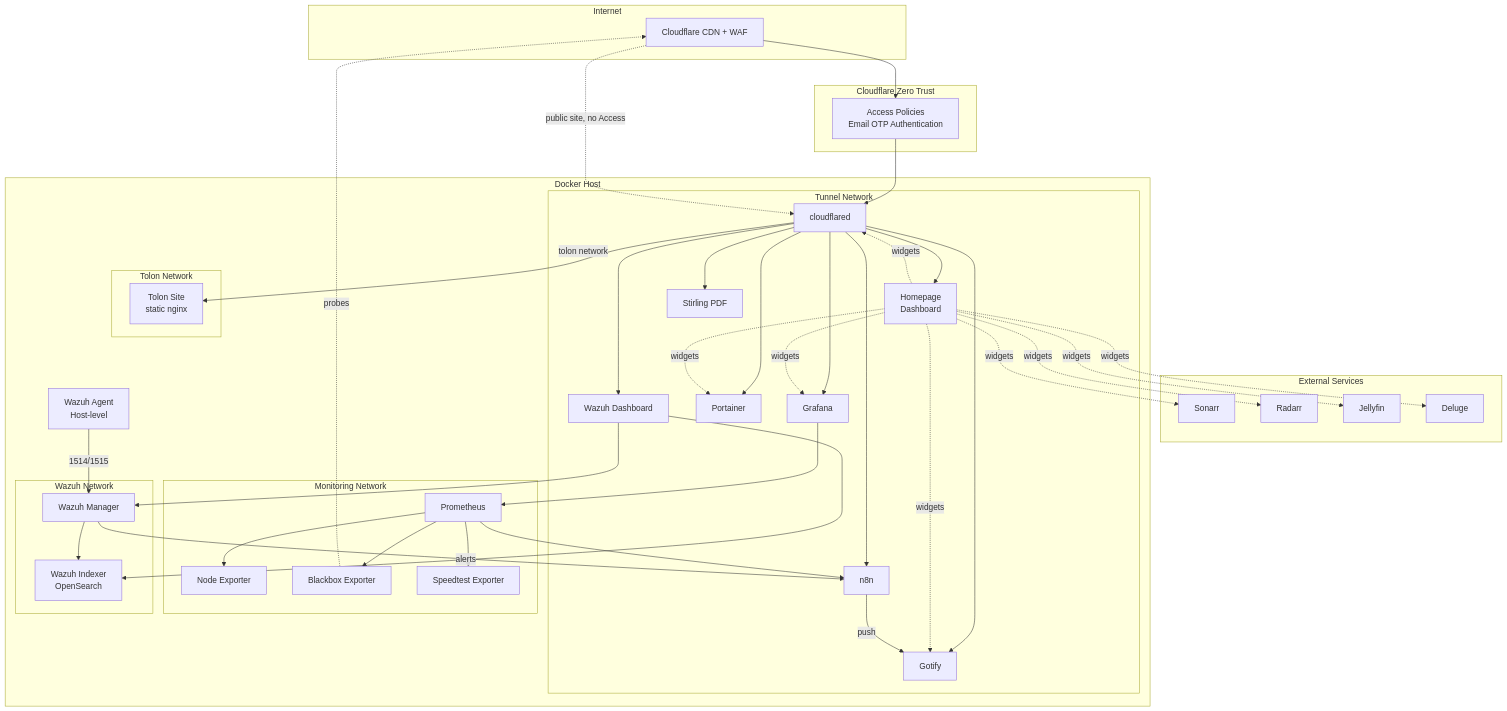
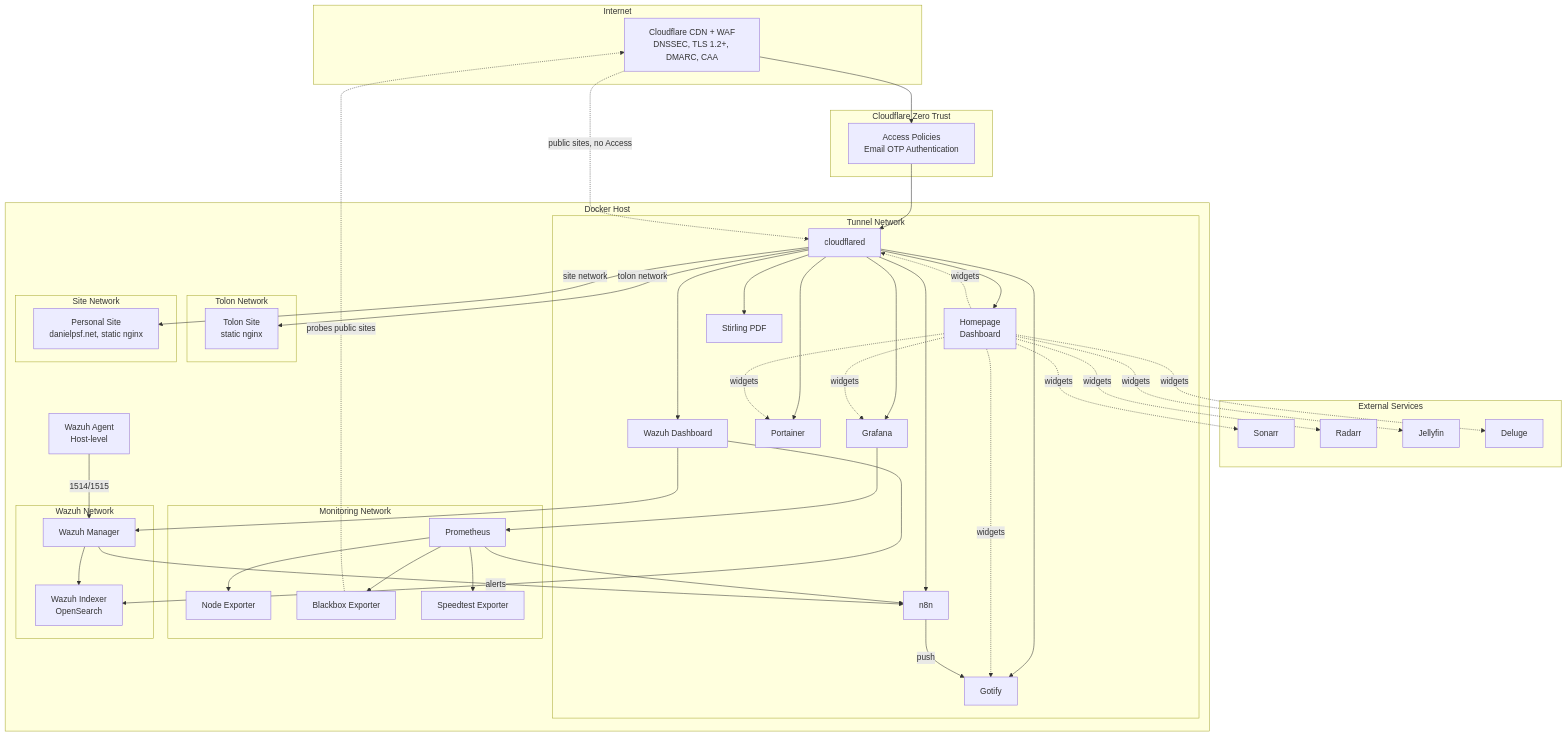
Before and after one commit to danielpsf/homelab: the first of 4 diagrams in README.md, drawn with Mermaid. The commit also changed other lines of this file, not shown here.

Commit message:
docs: add the personal site and edge hardening to the README and diagrams

````diff
--- a/README.md
+++ b/README.md
@@ -7,62 +7,67 @@
 ```mermaid
 graph TB
     subgraph Internet
-        CF[Cloudflare CDN + WAF]
+        CF[Cloudflare CDN + WAF<br/>DNSSEC, TLS 1.2+, DMARC, CAA]
     end
 
     subgraph Cloudflare Zero Trust
         ZT[Access Policies<br/>Email OTP Authentication]
     end
 
     subgraph External Services
         Sonarr[Sonarr]
         Radarr[Radarr]
         Jellyfin[Jellyfin]
         Deluge[Deluge]
     end
 
     subgraph Docker Host
         subgraph tunnel[Tunnel Network]
             CFD[cloudflared]
             HP[Homepage<br/>Dashboard]
             GF[Grafana]
             N8N[n8n]
             PORT[Portainer]
             SPDF[Stirling PDF]
             WD[Wazuh Dashboard]
             GOT[Gotify]
         end
 
         subgraph tolonnet[Tolon Network]
             TP[Tolon Site<br/>static nginx]
         end
 
+        subgraph sitenet[Site Network]
+            SITE[Personal Site<br/>danielpsf.net, static nginx]
+        end
+
         subgraph monitoring[Monitoring Network]
             PROM[Prometheus]
             NE[Node Exporter]
             BE[Blackbox Exporter]
             SE[Speedtest Exporter]
         end
 
         subgraph wazuh[Wazuh Network]
             WI[Wazuh Indexer<br/>OpenSearch]
             WM[Wazuh Manager]
         end
 
         AGENT[Wazuh Agent<br/>Host-level]
     end
 
     CF --> ZT --> CFD
-    CF -.->|public site, no Access| CFD
+    CF -.->|public sites, no Access| CFD
     CFD --> HP & GF & N8N & PORT & SPDF & WD & GOT
     CFD -->|tolon network| TP
+    CFD -->|site network| SITE
     HP -.->|widgets| GF & PORT & GOT & Sonarr & Radarr & Jellyfin & Deluge & CFD
     GF --> PROM
     PROM --> NE & BE & SE & N8N
     WM --> WI
     WD --> WI & WM
     WM -->|alerts| N8N
     N8N -->|push| GOT
     AGENT -->|1514/1515| WM
-    BE -.->|probes| CF
+    BE -.->|probes public sites| CF
 ```
````
